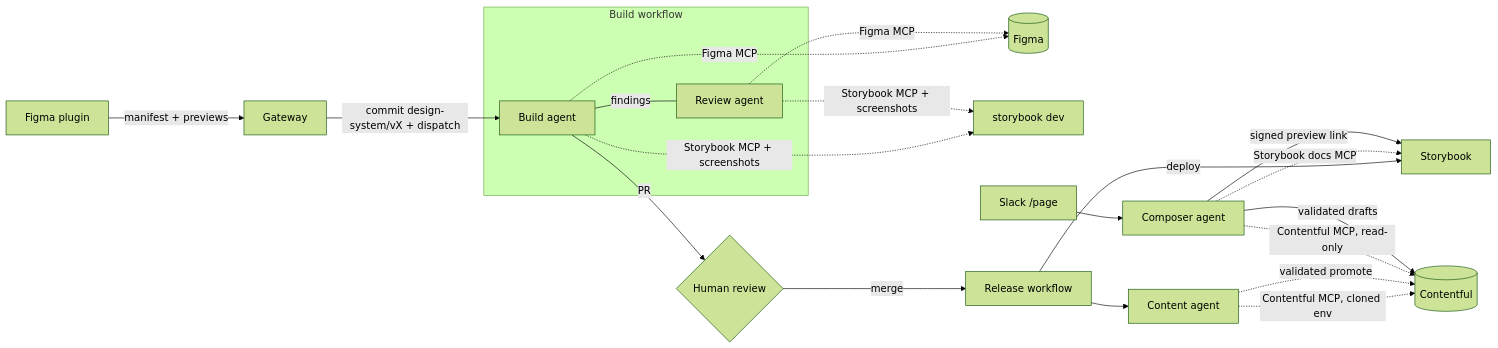
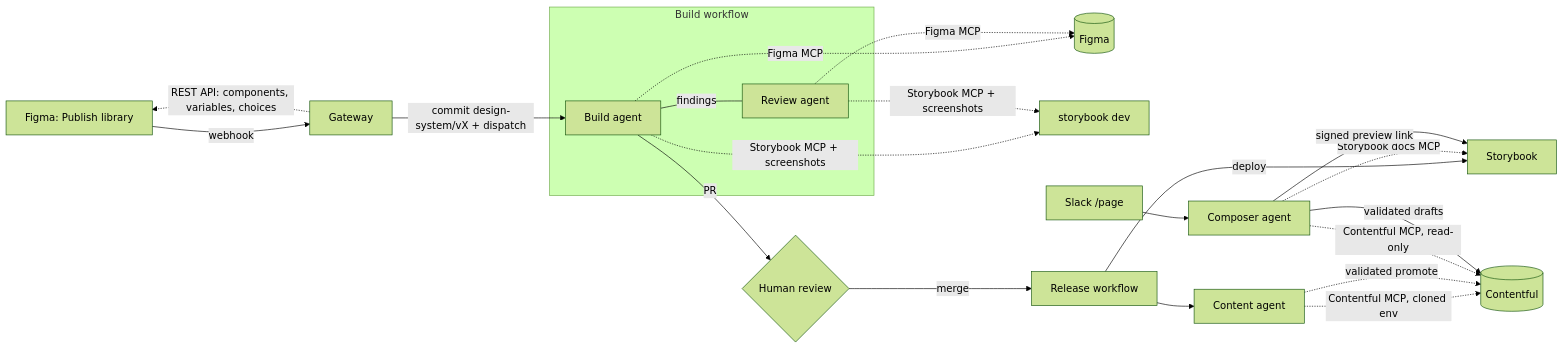
Before and after one commit to k11kirky/StoryPage: the diagram in README.md, drawn with Mermaid (forest theme). The commit also changed other lines of this file and 35 other files, not shown here.

First line of the commit message:
Start releases from Figma's Publish library; add a hosted runner

````diff
--- a/README.md
+++ b/README.md
@@ -11,23 +11,24 @@
 ```mermaid
 flowchart LR
-  F[Figma plugin] -- manifest + previews --> G[Gateway]
+  F[Figma: Publish library] -- webhook --> G[Gateway]
+  G -. REST API: components, variables, choices .-> F
   G -- commit design-system/vX + dispatch --> B
   subgraph Build workflow
     B[Build agent] -- findings --- V[Review agent]
   end
   B -. Figma MCP .-> FM[(Figma)]
   V -. Figma MCP .-> FM
   B -. Storybook MCP + screenshots .-> SD[storybook dev]
   V -. Storybook MCP + screenshots .-> SD
   B -- PR --> R{Human review}
   R -- merge --> L[Release workflow]
   L -- deploy --> S[Storybook]
   L --> CA[Content agent]
   CA -. Contentful MCP, cloned env .-> C[(Contentful)]
   CA -. validated promote .-> C
   U[Slack /page] --> K[Composer agent]
   K -. Storybook docs MCP .-> S
   K -. Contentful MCP, read-only .-> C
   K -- validated drafts --> C
   K -- signed preview link --> S
 ```
````
